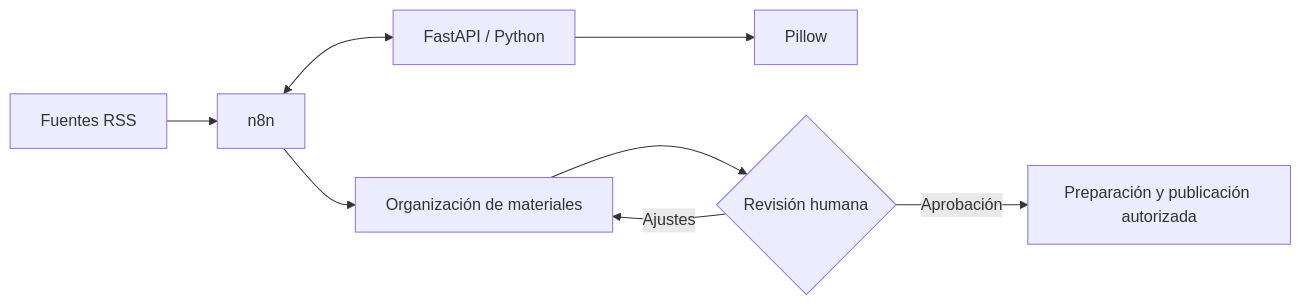
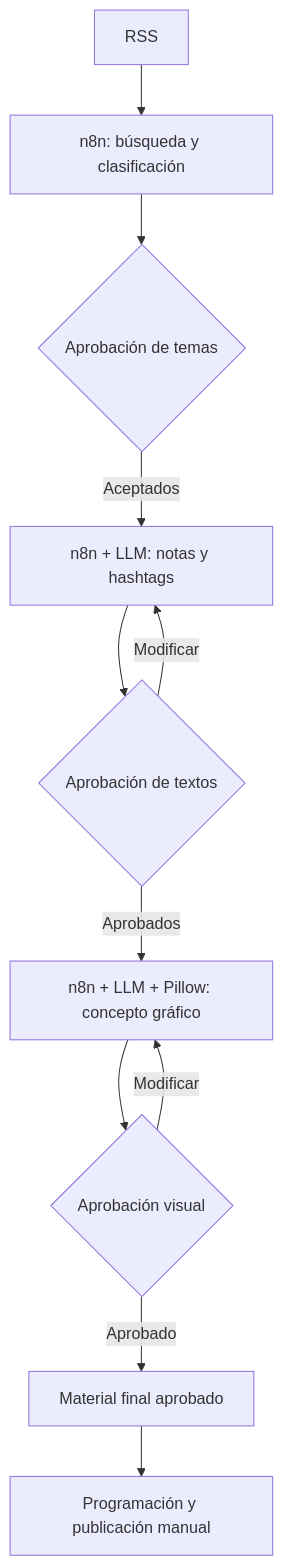
Before and after one commit to isaiassolis/healthcare-content-automation: the diagram in docs/architecture.md, drawn with Mermaid. The commit also changed other lines of this file, not shown here.

````diff
--- a/docs/architecture.md
+++ b/docs/architecture.md
@@ -23,10 +45,13 @@
 ```mermaid
-flowchart LR
-  R[Fuentes RSS] --> N[n8n]
-  N <--> P[FastAPI / Python]
-  P --> I[Pillow]
-  N --> S[Organización de materiales]
-  S --> H{Revisión humana}
-  H -->|Ajustes| S
-  H -->|Aprobación| O[Preparación y publicación autorizada]
+flowchart TD
+  A[RSS] --> B[n8n: búsqueda y clasificación]
+  B --> C{Aprobación de temas}
+  C -->|Aceptados| D[n8n + LLM: notas y hashtags]
+  D --> E{Aprobación de textos}
+  E -->|Modificar| D
+  E -->|Aprobados| F[n8n + LLM + Pillow: concepto gráfico]
+  F --> G{Aprobación visual}
+  G -->|Modificar| F
+  G -->|Aprobado| H[Material final aprobado]
+  H --> I[Programación y publicación manual]
 ```
````
